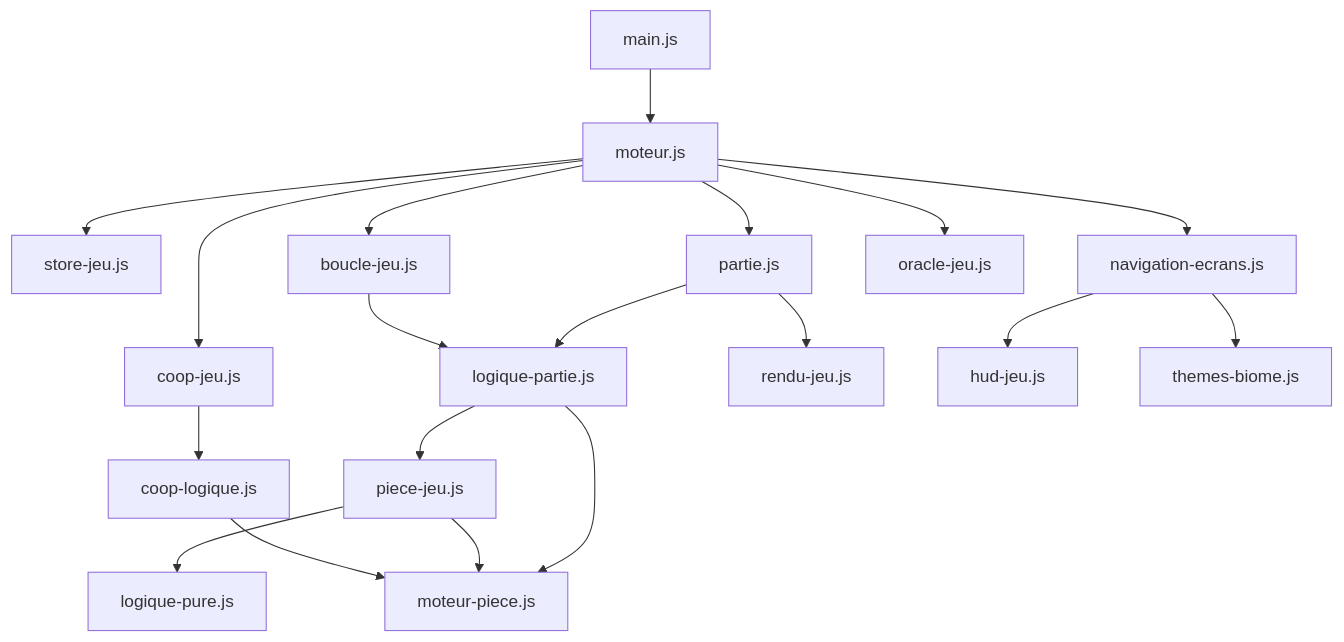
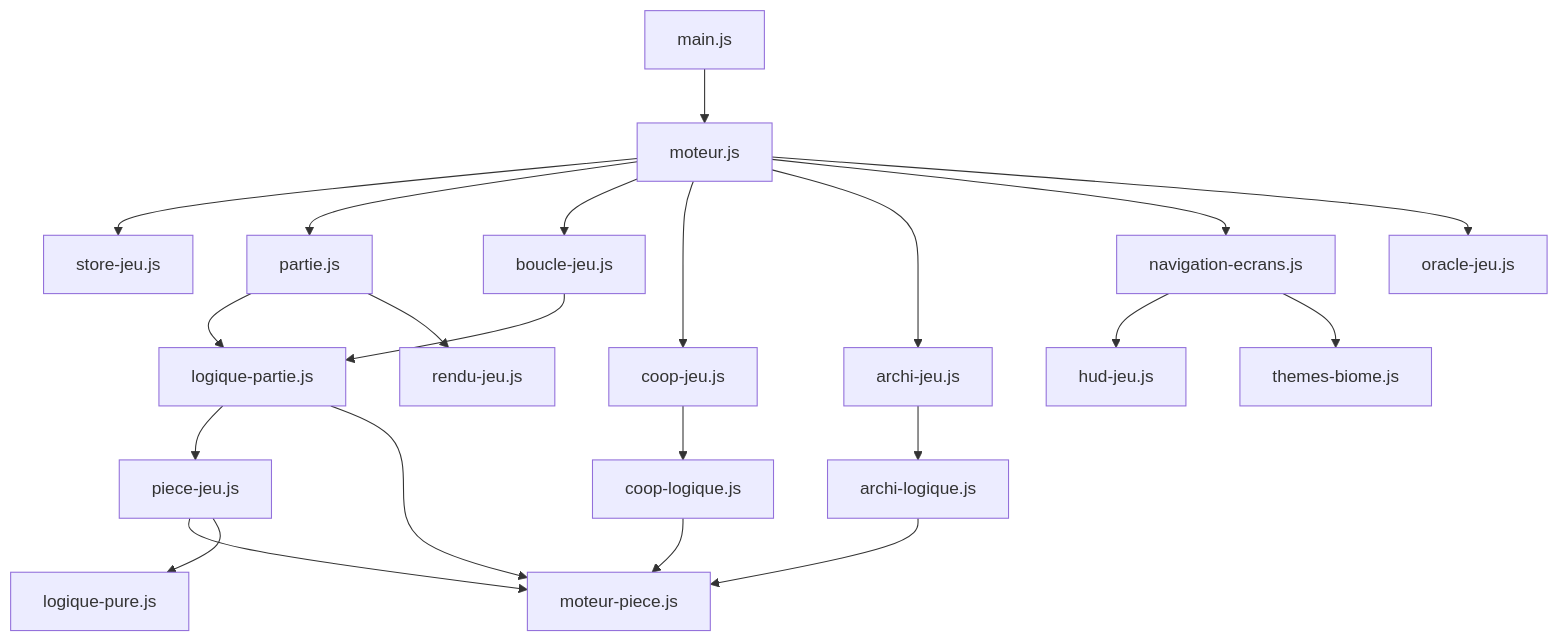
One commit to Jackavery1/Derni-re-ligne changed the diagram in docs/architecture.md. Above: the diagram before and after it, drawn with Mermaid. The commit also changed other lines of this file and 48 other files, not shown here.

First line of the commit message:
refactor: corrections audit v2.5 — architecture, tests et CI

````diff
--- a/docs/architecture.md
+++ b/docs/architecture.md
@@ -7,21 +7,24 @@
 ```mermaid
 flowchart TD
     main[main.js] --> moteur[moteur.js]
     moteur --> store[store-jeu.js]
     moteur --> partie[partie.js]
     moteur --> boucle[boucle-jeu.js]
     moteur --> coop[coop-jeu.js]
+    moteur --> archi[archi-jeu.js]
     partie --> logiquePartie[logique-partie.js]
     boucle --> logiquePartie
     logiquePartie --> piece[piece-jeu.js]
     logiquePartie --> moteurPiece[moteur-piece.js]
     piece --> moteurPiece
     piece --> logiquePure[logique-pure.js]
     coop --> coopLogique[coop-logique.js]
     coopLogique --> moteurPiece
+    archi --> archiLogique[archi-logique.js]
+    archiLogique --> moteurPiece
     partie --> rendu[rendu-jeu.js]
     moteur --> navigation[navigation-ecrans.js]
     navigation --> hud[hud-jeu.js]
     navigation --> themes[themes-biome.js]
     moteur --> oracle[oracle-jeu.js]
 ```
````
